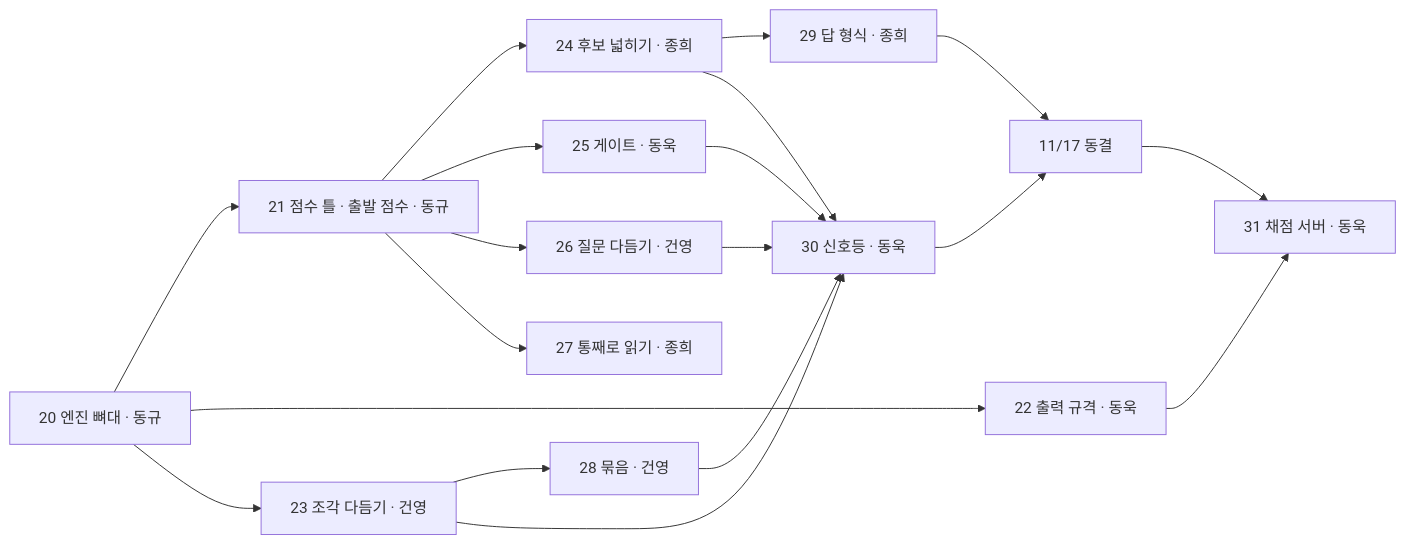
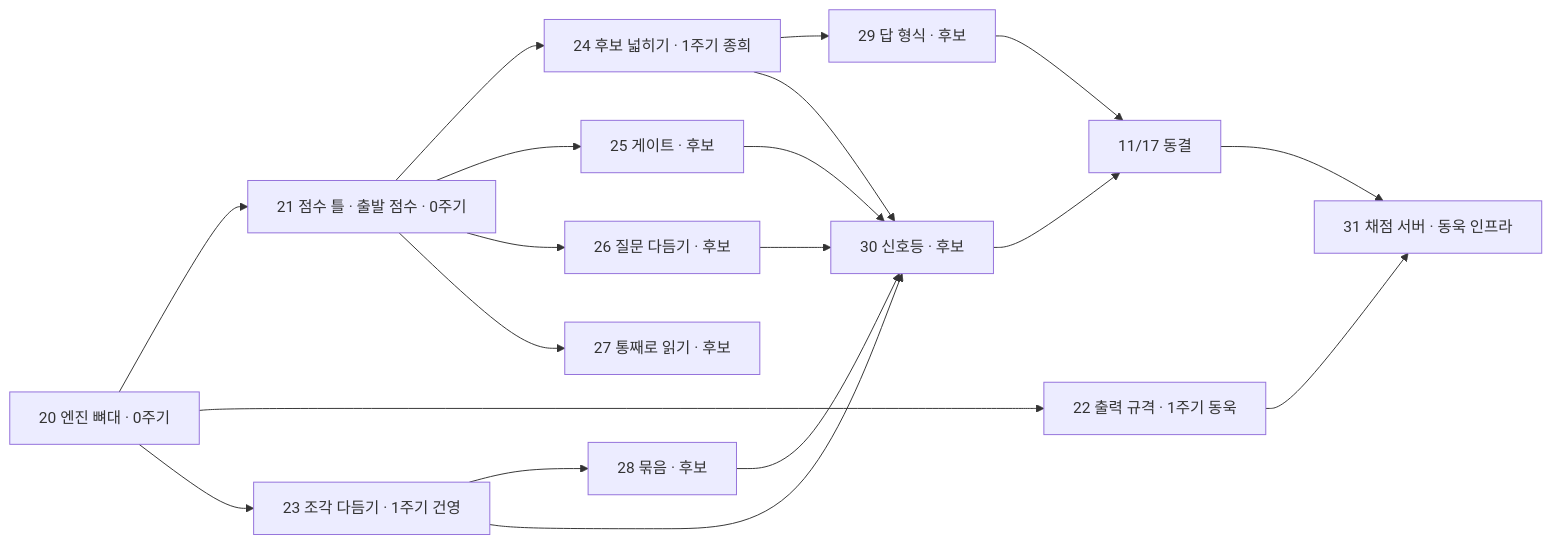
One commit to team-gg-aibc/aibc2026-gg changed the diagram in docs/engine/plan.md. Above: the diagram before and after it, drawn with Mermaid. The commit also changed other lines of this file, not shown here.

````diff
--- a/docs/engine/plan.md
+++ b/docs/engine/plan.md
@@ -228,15 +232,15 @@
 ```mermaid
 flowchart LR
-  S00["20 엔진 뼈대 · 동규"] --> S01["21 점수 틀 · 출발 점수 · 동규"]
-  S00 --> S02["22 출력 규격 · 동욱"]
-  S00 --> S03["23 조각 다듬기 · 건영"]
-  S01 --> S04["24 후보 넓히기 · 종희"]
-  S01 --> S05["25 게이트 · 동욱"]
-  S01 --> S06["26 질문 다듬기 · 건영"]
-  S01 --> S07["27 통째로 읽기 · 종희"]
-  S03 --> S08["28 묶음 · 건영"]
-  S04 --> S09["29 답 형식 · 종희"]
-  S03 & S04 & S05 & S06 & S08 --> S10["30 신호등 · 동욱"]
-  S02 --> S11["31 채점 서버 · 동욱"]
-  S09 & S10 --> F["11/17 동결"] --> S11
+  S20["20 엔진 뼈대 · 0주기"] --> S21["21 점수 틀 · 출발 점수 · 0주기"]
+  S20 --> S22["22 출력 규격 · 1주기 동욱"]
+  S20 --> S23["23 조각 다듬기 · 1주기 건영"]
+  S21 --> S24["24 후보 넓히기 · 1주기 종희"]
+  S21 --> S25["25 게이트 · 후보"]
+  S21 --> S26["26 질문 다듬기 · 후보"]
+  S21 --> S27["27 통째로 읽기 · 후보"]
+  S23 --> S28["28 묶음 · 후보"]
+  S24 --> S29["29 답 형식 · 후보"]
+  S23 & S24 & S25 & S26 & S28 --> S30["30 신호등 · 후보"]
+  S22 --> S31["31 채점 서버 · 동욱 인프라"]
+  S29 & S30 --> F["11/17 동결"] --> S31
 ```
````
